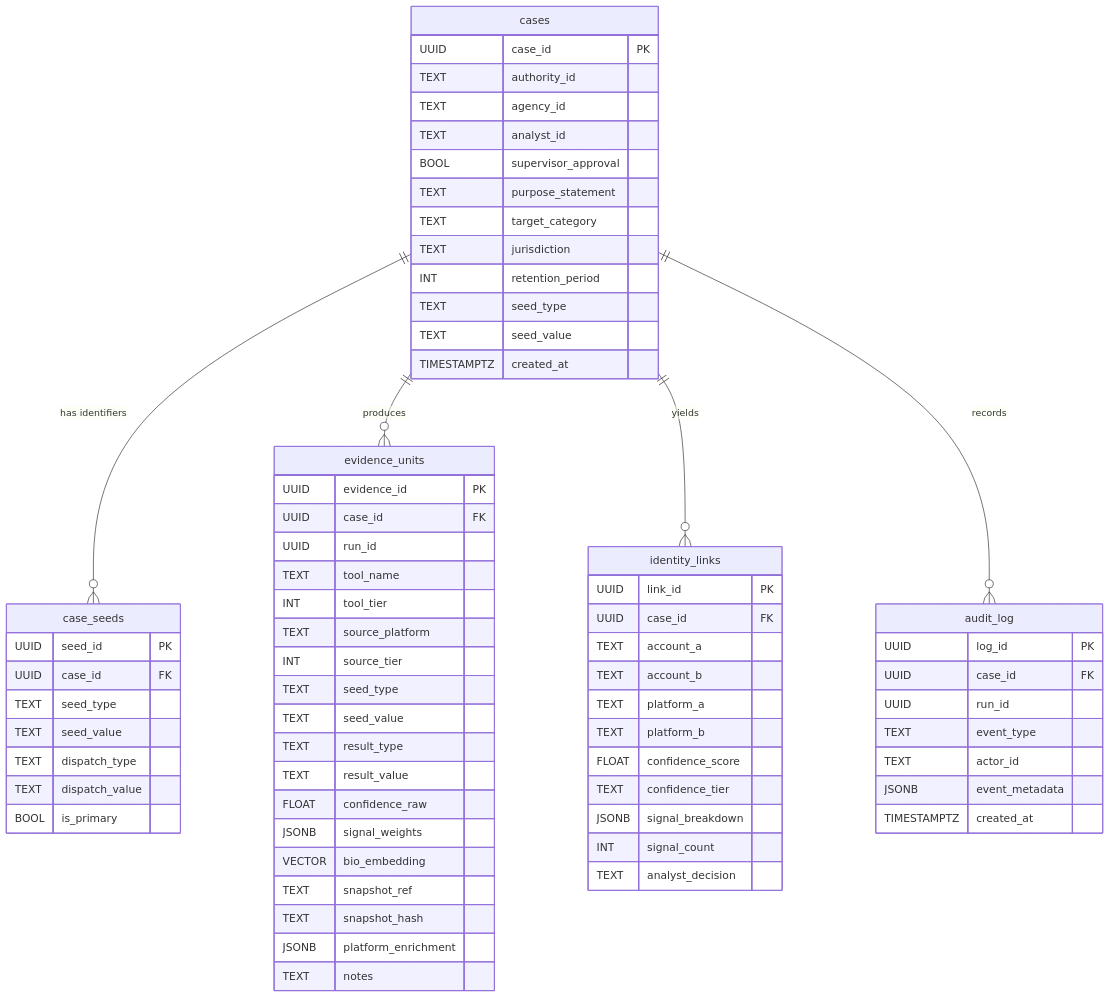
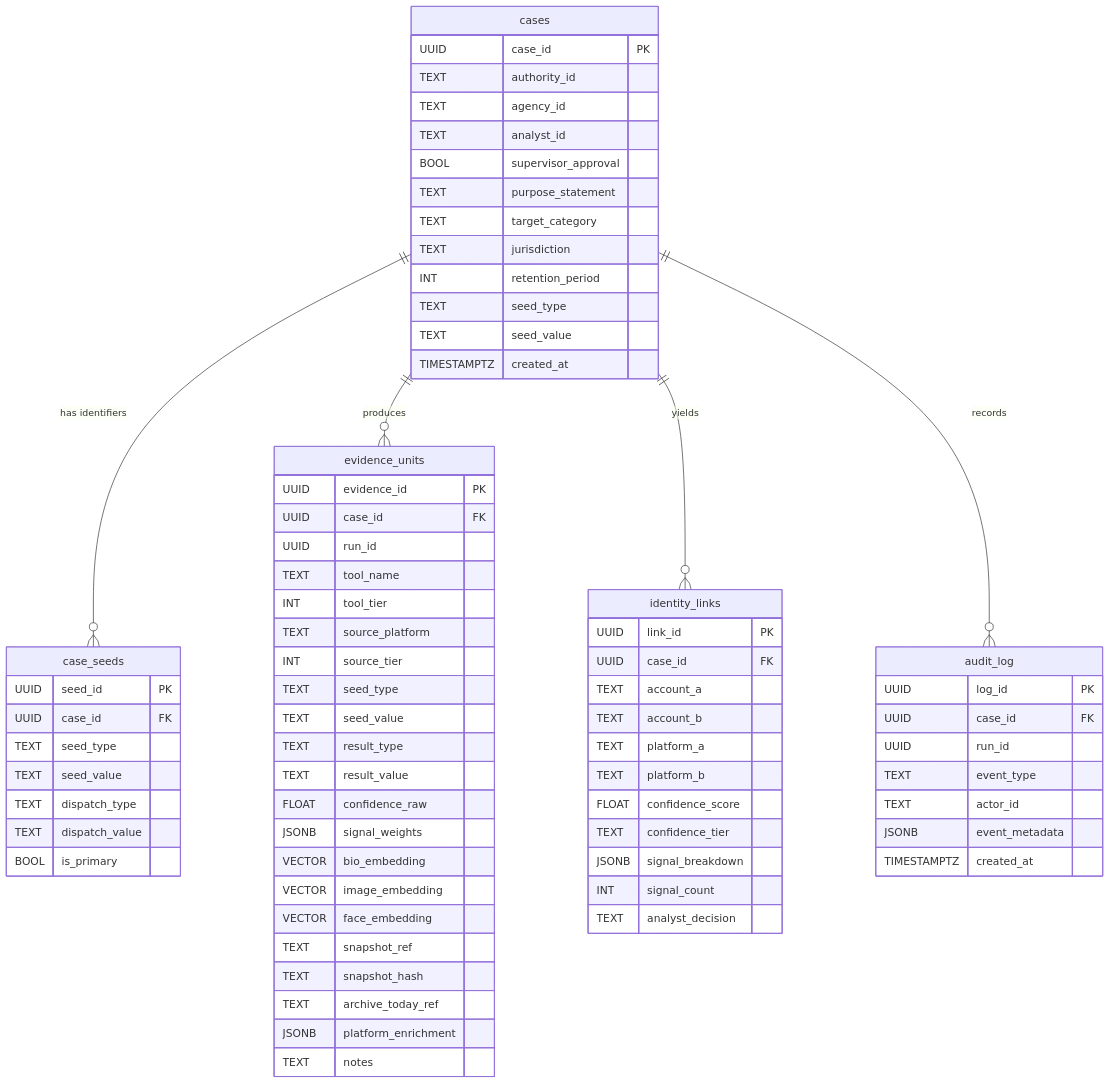
One commit to devanshverma2607/cid-hackathon changed the second of 4 diagrams in socmint/ARCHITECTURE.md. Above: the diagram before and after it, drawn with Mermaid. The commit also changed other lines of this file and 23 other files, not shown here.

````diff
--- a/socmint/ARCHITECTURE.md
+++ b/socmint/ARCHITECTURE.md
@@ -162,73 +174,76 @@
 ```mermaid
 erDiagram
     cases ||--o{ case_seeds : "has identifiers"
     cases ||--o{ evidence_units : "produces"
     cases ||--o{ identity_links : "yields"
     cases ||--o{ audit_log : "records"
 
     cases {
         UUID case_id PK
         TEXT authority_id
         TEXT agency_id
         TEXT analyst_id
         BOOL supervisor_approval
         TEXT purpose_statement
         TEXT target_category
         TEXT jurisdiction
         INT  retention_period
         TEXT seed_type
         TEXT seed_value
         TIMESTAMPTZ created_at
     }
     case_seeds {
         UUID seed_id PK
         UUID case_id FK
         TEXT seed_type
         TEXT seed_value
         TEXT dispatch_type
         TEXT dispatch_value
         BOOL is_primary
     }
     evidence_units {
         UUID evidence_id PK
         UUID case_id FK
         UUID run_id
         TEXT tool_name
         INT  tool_tier
         TEXT source_platform
         INT  source_tier
         TEXT seed_type
         TEXT seed_value
         TEXT result_type
         TEXT result_value
         FLOAT confidence_raw
         JSONB signal_weights
         VECTOR bio_embedding
+        VECTOR image_embedding
+        VECTOR face_embedding
         TEXT snapshot_ref
         TEXT snapshot_hash
+        TEXT archive_today_ref
         JSONB platform_enrichment
         TEXT notes
     }
     identity_links {
         UUID link_id PK
         UUID case_id FK
         TEXT account_a
         TEXT account_b
         TEXT platform_a
         TEXT platform_b
         FLOAT confidence_score
         TEXT confidence_tier
         JSONB signal_breakdown
         INT signal_count
         TEXT analyst_decision
     }
     audit_log {
         UUID log_id PK
         UUID case_id FK
         UUID run_id
         TEXT event_type
         TEXT actor_id
         JSONB event_metadata
         TIMESTAMPTZ created_at
     }
 ```
````
